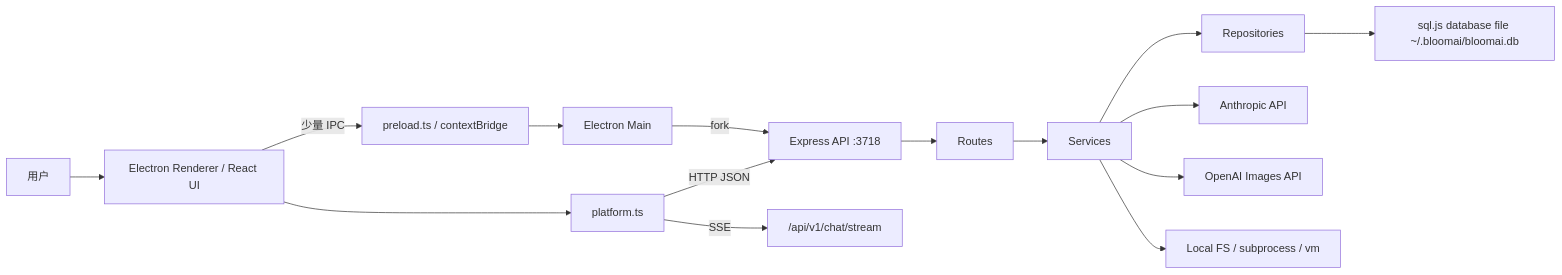
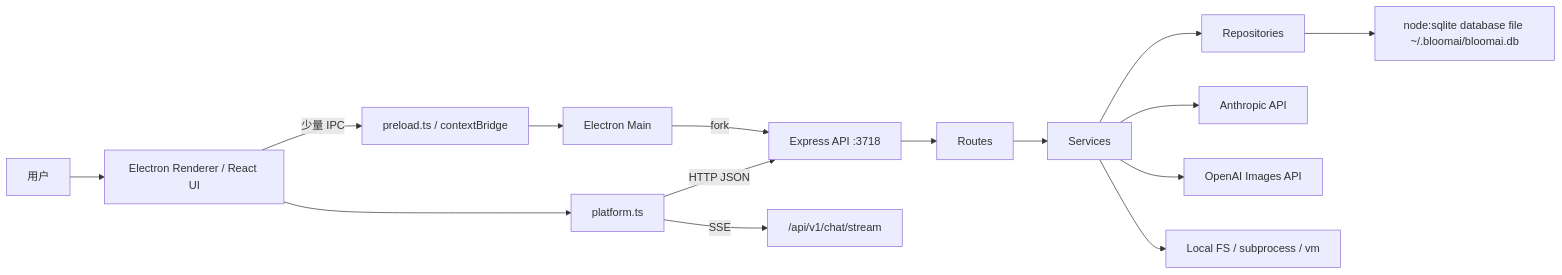
Before and after one commit to jiujuan/BloomAI: the first of 3 diagrams in docs/BloomAI-architecture-analysis.md, drawn with Mermaid. The commit also changed other lines of this file and 4 other files, not shown here.

````diff
--- a/docs/BloomAI-architecture-analysis.md
+++ b/docs/BloomAI-architecture-analysis.md
@@ -12,17 +12,17 @@
 ```mermaid
 flowchart LR
   User["用户"] --> Renderer["Electron Renderer / React UI"]
   Renderer --> Platform["platform.ts"]
   Platform -->|HTTP JSON| API["Express API :3718"]
   Platform -->|SSE| Chat["/api/v1/chat/stream"]
   Renderer -->|少量 IPC| Preload["preload.ts / contextBridge"]
   Preload --> Main["Electron Main"]
   Main -->|fork| API
   API --> Routes["Routes"]
   Routes --> Services["Services"]
   Services --> Repos["Repositories"]
-  Repos --> DB["sql.js database file ~/.bloomai/bloomai.db"]
+  Repos --> DB["node:sqlite database file ~/.bloomai/bloomai.db"]
   Services --> Anthropic["Anthropic API"]
   Services --> OpenAI["OpenAI Images API"]
   Services --> FS["Local FS / subprocess / vm"]
 ```
````
